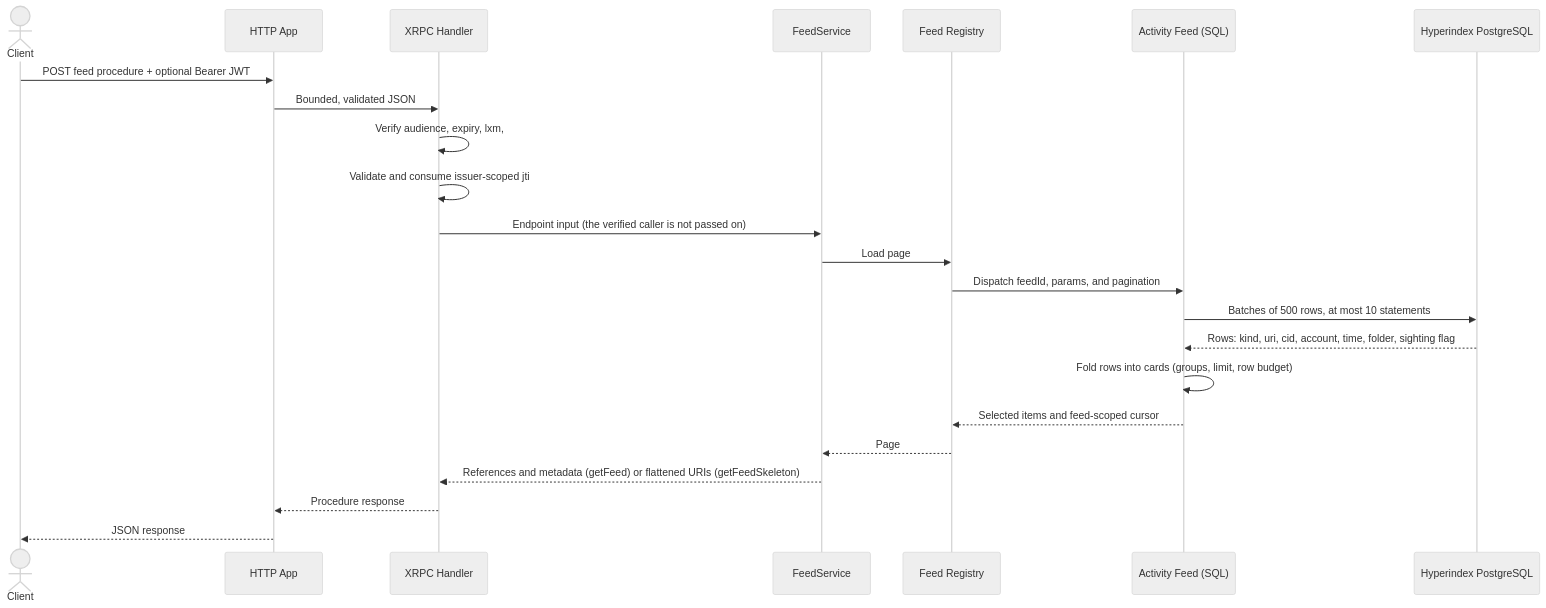
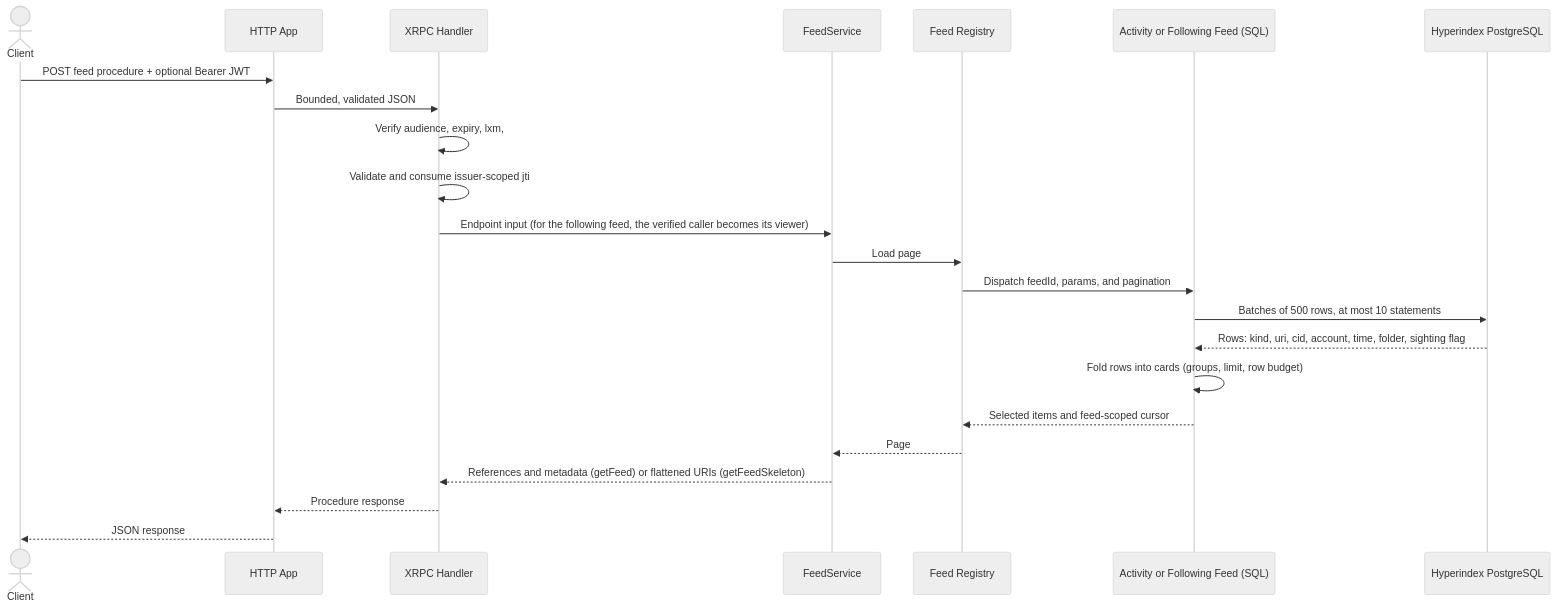
The diagram in README.md (GainForest/gainforest-feed-service), drawn with Mermaid (neutral theme) before and after one commit. The commit also changed other lines of this file and 32 other files, not shown here.

First line of the commit message:
feed: add a follow-driven following feed

````diff
--- a/README.md
+++ b/README.md
@@ -124,26 +145,26 @@
 ```mermaid
 sequenceDiagram
     actor Client
     participant HTTP as HTTP App
     participant XRPC as XRPC Handler
     participant Service as FeedService
     participant Registry as Feed Registry
-    participant Feed as Activity Feed (SQL)
+    participant Feed as Activity or Following Feed (SQL)
     participant DB as Hyperindex PostgreSQL
 
     Client->>HTTP: POST feed procedure + optional Bearer JWT
     HTTP->>XRPC: Bounded, validated JSON
     XRPC->>XRPC: Verify audience, expiry, lxm, #atproto signature
     XRPC->>XRPC: Validate and consume issuer-scoped jti
-    XRPC->>Service: Endpoint input (the verified caller is not passed on)
+    XRPC->>Service: Endpoint input (for the following feed, the verified caller becomes its viewer)
     Service->>Registry: Load page
     Registry->>Feed: Dispatch feedId, params, and pagination
     Feed->>DB: Batches of 500 rows, at most 10 statements
     DB-->>Feed: Rows: kind, uri, cid, account, time, folder, sighting flag
     Feed->>Feed: Fold rows into cards (groups, limit, row budget)
     Feed-->>Registry: Selected items and feed-scoped cursor
     Registry-->>Service: Page
     Service-->>XRPC: References and metadata (getFeed) or flattened URIs (getFeedSkeleton)
     XRPC-->>HTTP: Procedure response
     HTTP-->>Client: JSON response
 ```
````
